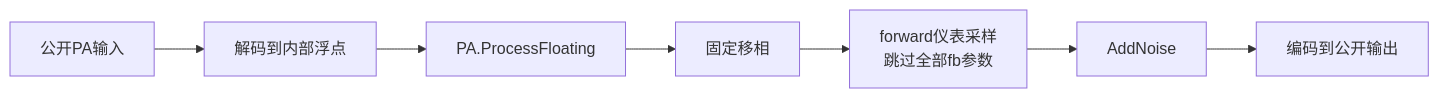
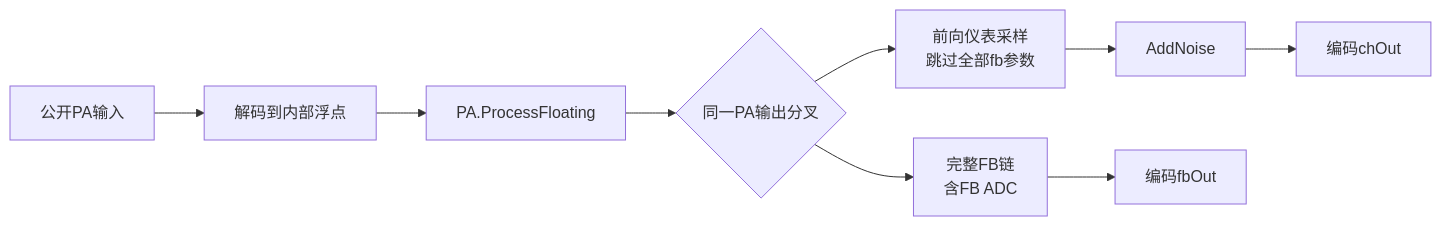
Before and after one commit to niyilu45/DPD_ILC: the seventh of 9 diagrams in doc/Channel.md, drawn with Mermaid. The commit also changed other lines of this file and 19 other files, not shown here.

````diff
--- a/doc/Channel.md
+++ b/doc/Channel.md
@@ -1969,9 +2000,11 @@
 ```mermaid
 flowchart LR
     publicInput["公开PA输入"] --> decode["解码到内部浮点"]
     decode --> pa["PA.ProcessFloating"]
-    pa --> phase["固定移相"]
-    phase --> forward["forward仪表采样<br/>跳过全部fb参数"]
+    pa --> branch{"同一PA输出分叉"}
+    branch --> forward["前向仪表采样<br/>跳过全部fb参数"]
+    branch --> feedback["完整FB链<br/>含FB ADC"]
     forward --> noise["AddNoise"]
-    noise --> encode["编码到公开输出"]
+    noise --> encodeCh["编码chOut"]
+    feedback --> encodeFb["编码fbOut"]
 ```
````
